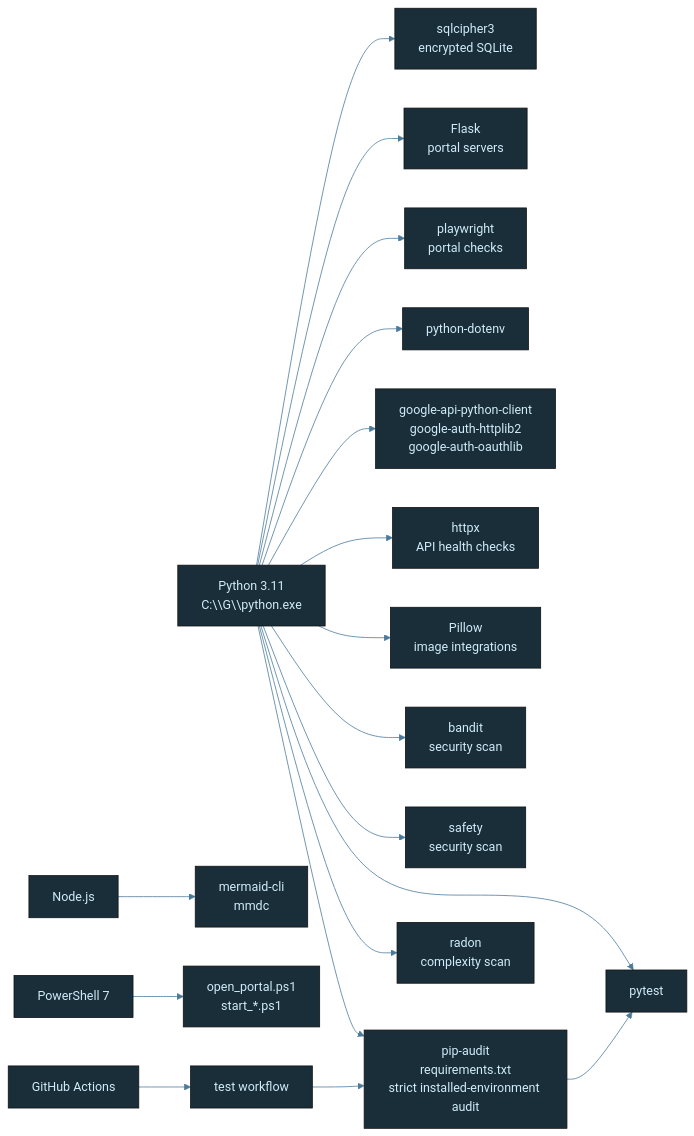
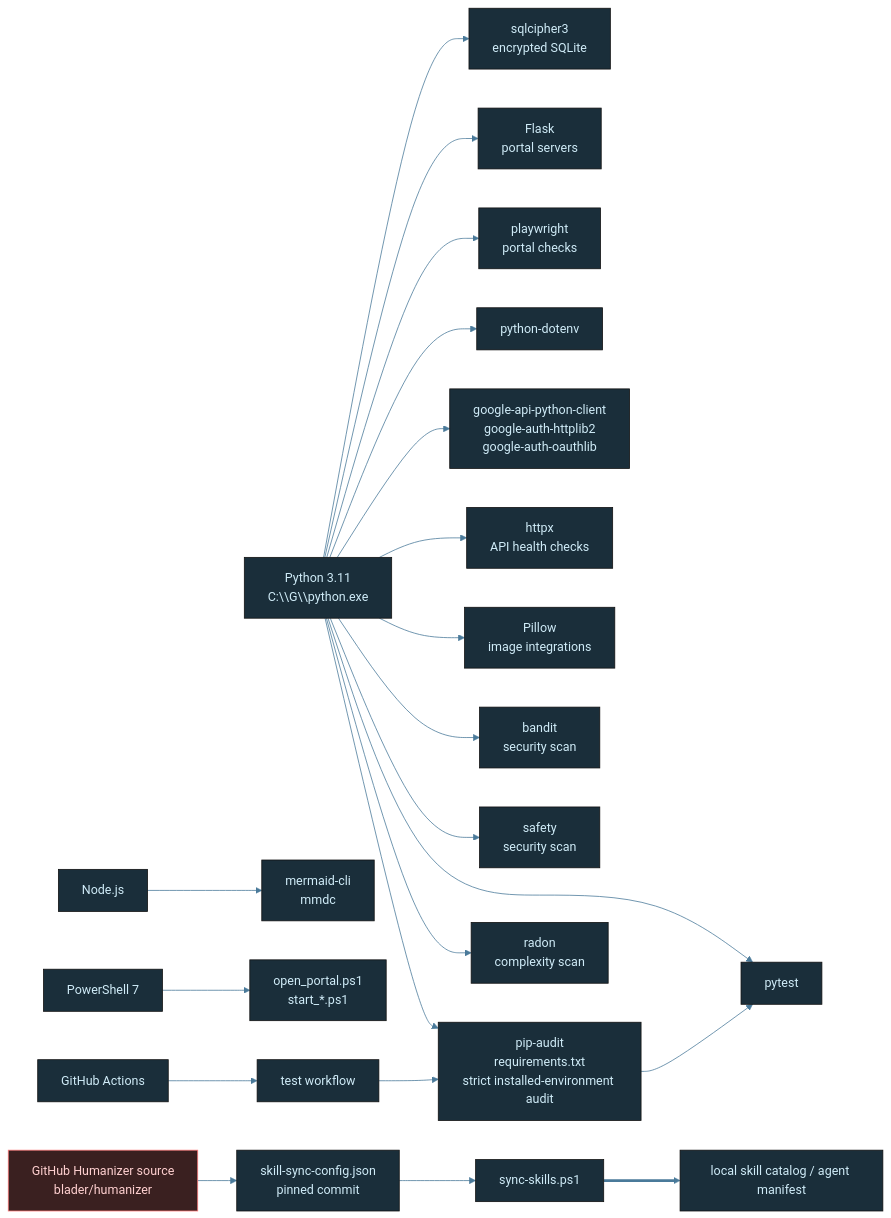
The diagram in diagrams/workspace-tech-stack.mmd (tylerdrakemusic/-Workspace), drawn with Mermaid before and after one commit. The commit also changed 15 other files, not shown here.

Commit message:
⊕ workspace: package Humanizer skill FR-20260829-workspace-humanizer-skill

```diff
--- a/diagrams/workspace-tech-stack.mmd
+++ b/diagrams/workspace-tech-stack.mmd
@@ -1,30 +1,34 @@
 %%{init: {'theme': 'base', 'themeVariables': {'primaryColor': '#1a2e3a', 'primaryTextColor': '#d0ecf8', 'edgeLabelBackground': '#0f1318', 'lineColor': '#4a7a9a'}}}%%
 graph LR
     Python[Python 3.11<br/>C:\\G\\python.exe] --> SQLCipher[sqlcipher3<br/>encrypted SQLite]
     Python --> Pytest[pytest]
     Python --> Flask[Flask<br/>portal servers]
     Python --> Playwright[playwright<br/>portal checks]
     Python --> Dotenv[python-dotenv]
     Python --> GoogleAPI[google-api-python-client<br/>google-auth-httplib2<br/>google-auth-oauthlib]
     Python --> Httpx[httpx<br/>API health checks]
     Python --> Pillow[Pillow<br/>image integrations]
     Python --> Bandit[bandit<br/>security scan]
     Python --> Safety[safety<br/>security scan]
     Python --> PipAudit[pip-audit<br/>requirements.txt<br/>strict installed-environment audit]
     Python --> Radon[radon<br/>complexity scan]
     Node[Node.js] --> Mmdc[mermaid-cli<br/>mmdc]
     PowerShell[PowerShell 7] --> LaunchScripts[open_portal.ps1<br/>start_*.ps1]
     GitHub[GitHub Actions] --> CI_Tests[test workflow]
     CI_Tests --> PipAudit --> Pytest
+    HumanizerSource[GitHub Humanizer source<br/>blader/humanizer] --> SkillSyncConfig[skill-sync-config.json<br/>pinned commit]
+    SkillSyncConfig --> SkillSyncScript[sync-skills.ps1]
+    SkillSyncScript ==> LocalSkillCatalog[local skill catalog / agent manifest]
     class Python,Node,PowerShell lang
-    class SQLCipher,Pytest,Flask,Playwright,Dotenv,Mmdc,LaunchScripts,GitHub,CI_Tests,GoogleAPI,Httpx,Pillow,Bandit,Safety,PipAudit,Radon tool
+    class SQLCipher,Pytest,Flask,Playwright,Dotenv,Mmdc,LaunchScripts,GitHub,CI_Tests,GoogleAPI,Httpx,Pillow,Bandit,Safety,PipAudit,Radon,SkillSyncConfig,SkillSyncScript,LocalSkillCatalog tool
+    class HumanizerSource ext
 
 classDef life     fill:#1a2e3a,stroke:#6ab4d4,color:#d0ecf8
 classDef music    fill:#3a1a24,stroke:#d47a8f,color:#f8d0dc
 classDef quantum  fill:#251a3a,stroke:#a07adf,color:#e8d0f8
 classDef manifest fill:#3a2e1a,stroke:#d4a96a,color:#f8ead0
 classDef ws       fill:#1a3a30,stroke:#6ad4b4,color:#d0f8ee
 classDef tyler    fill:#2a1a3a,stroke:#9e4aff,color:#fff
 classDef ext      fill:#3a2020,stroke:#ff7a7a,color:#ffd0d0
 classDef db       fill:#3a3010,stroke:#d4c050,color:#f8f0c0
 classDef state    fill:#1a1a1a,stroke:#888888,color:#cccccc
```
